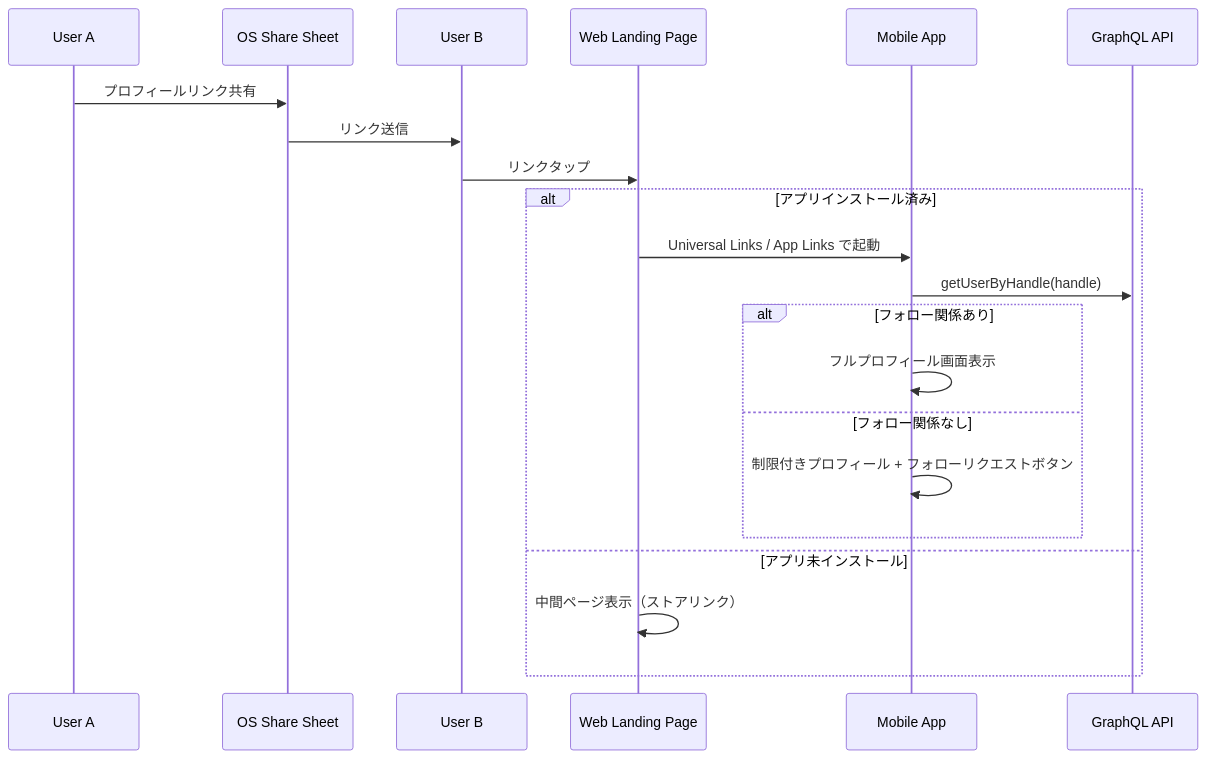
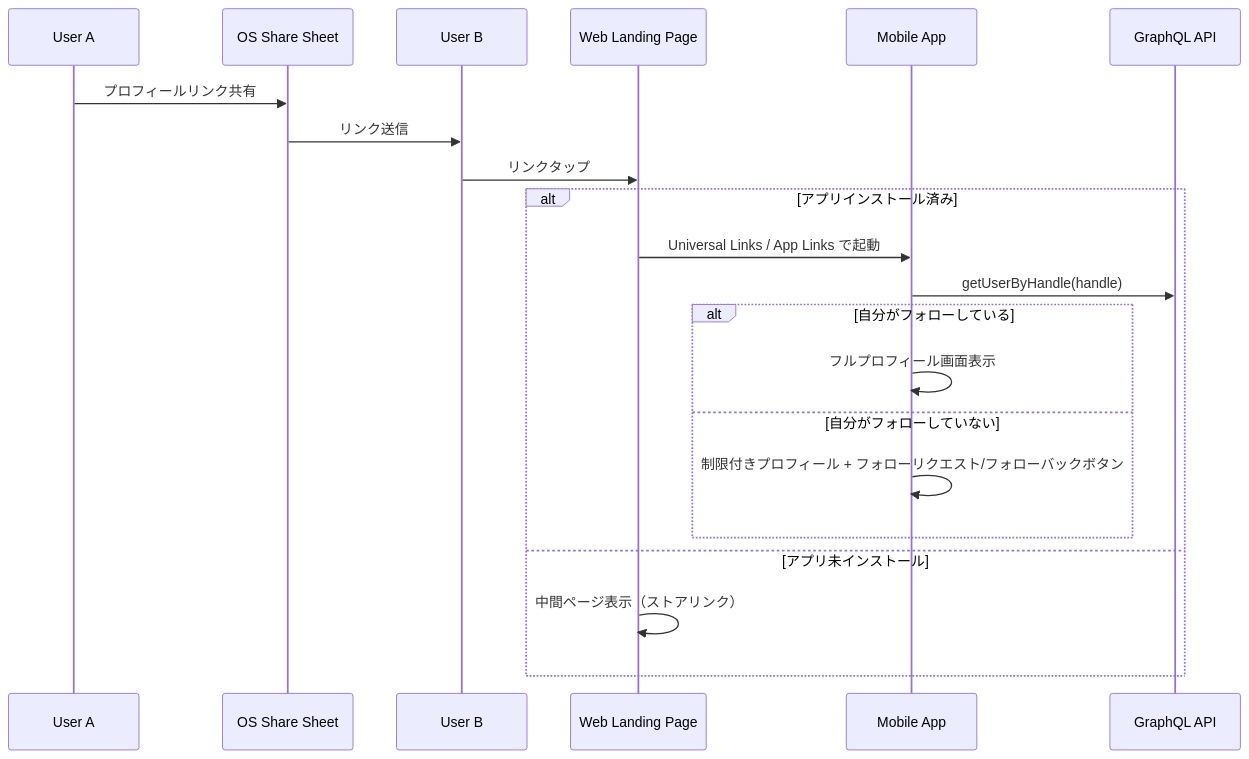
One commit to sora-ichigo/shelfie changed the fourth of 5 diagrams in .kiro/specs/follow-system/design.md. Above: the diagram before and after it, drawn with Mermaid. The commit also changed other lines of this file and 2 other files, not shown here.

Commit message:
fix: フォローシステム仕様書の旧モデル記述を修正する
design.md/research.md/requirements.mdに残っていた旧双方向モデルの
記述を一方向フォローモデルに合わせて修正。

````diff
--- a/.kiro/specs/follow-system/design.md
+++ b/.kiro/specs/follow-system/design.md
@@ -165,24 +165,24 @@
 ```mermaid
 sequenceDiagram
     participant UserA as User A
     participant Share as OS Share Sheet
     participant UserB as User B
     participant Web as Web Landing Page
     participant App as Mobile App
     participant GQL as GraphQL API
 
     UserA->>Share: プロフィールリンク共有
     Share->>UserB: リンク送信
     UserB->>Web: リンクタップ
     alt アプリインストール済み
         Web->>App: Universal Links / App Links で起動
         App->>GQL: getUserByHandle(handle)
-        alt フォロー関係あり
+        alt 自分がフォローしている
             App->>App: フルプロフィール画面表示
-        else フォロー関係なし
-            App->>App: 制限付きプロフィール + フォローリクエストボタン
+        else 自分がフォローしていない
+            App->>App: 制限付きプロフィール + フォローリクエスト/フォローバックボタン
         end
     else アプリ未インストール
         Web->>Web: 中間ページ表示（ストアリンク）
     end
 ```
````
